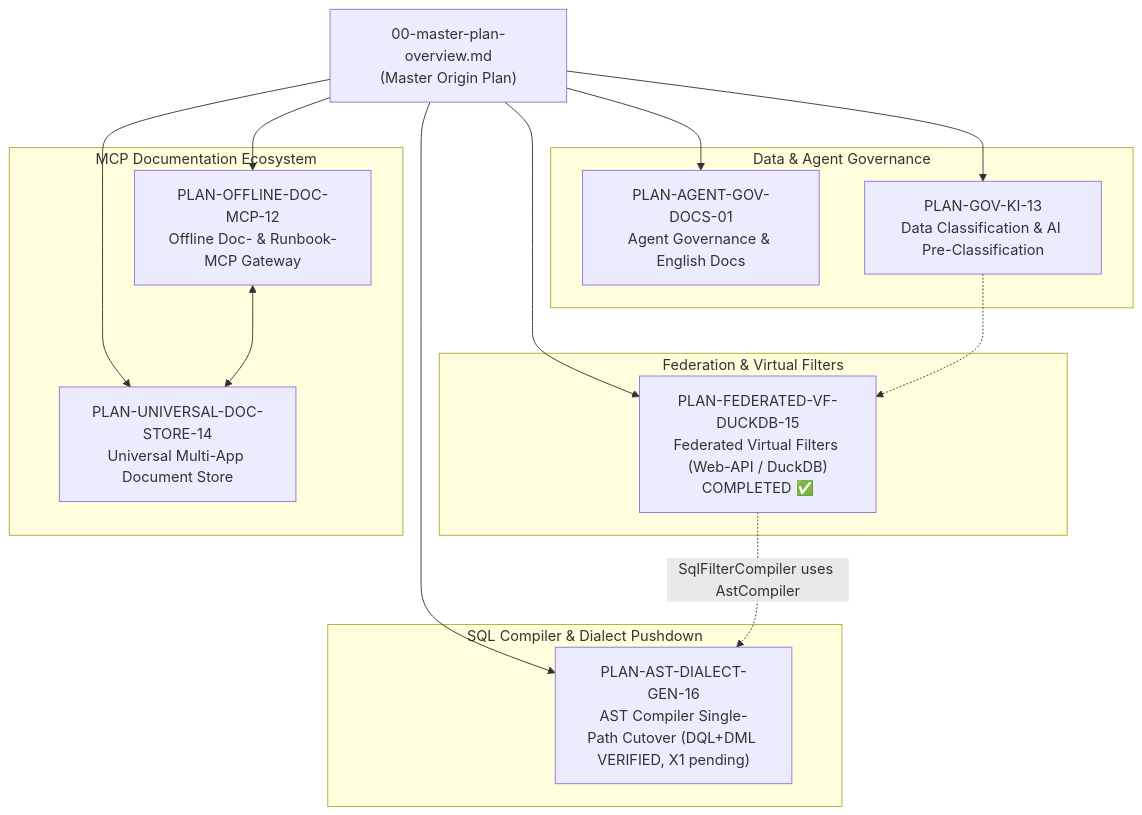
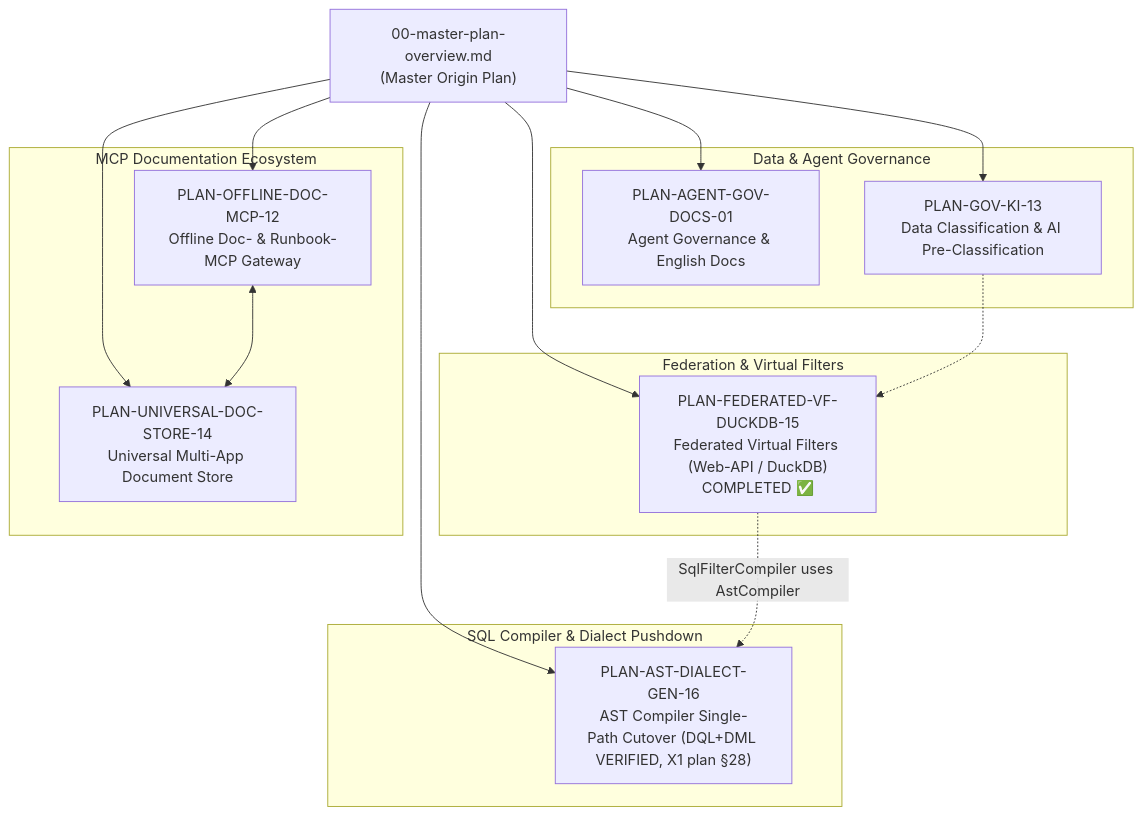
Before and after one commit to themulle/autheris: the diagram in docs/plans/00-master-plan-overview.md, drawn with Mermaid. The commit also changed other lines of this file and 1 other file, not shown here.

Commit message:
docs(plan): add X1 cutover execution plan (PLAN-AST-DIALECT-GEN-16 §28)
Phase 2 (csharp-architect) execution plan for the single-path X1 cutover:
verifies the Phase 6 open items against the code (provider binders and the
Oracle BindByName wrapper are already production code; a generic 403/500
error mapping exists), adds gaps G-1..G-11, inventories every governed entry
point, decides SQLite = AST support and Snowflake = fail closed, defines the
runtime binder/checked-executor/DI design and the HTTP error-code table, and
splits the work into packages X0a..X0y plus X1 with branches, tests,
dependencies and a file-conflict matrix. Updates the plan header and the
master plan row.

````diff
--- a/docs/plans/00-master-plan-overview.md
+++ b/docs/plans/00-master-plan-overview.md
@@ -40,33 +40,33 @@
 ```mermaid
 flowchart TD
     MP["00-master-plan-overview.md<br/>(Master Origin Plan)"]
     
     subgraph Governance ["Data & Agent Governance"]
         AG["PLAN-AGENT-GOV-DOCS-01<br/>Agent Governance & English Docs"]
         DK["PLAN-GOV-KI-13<br/>Data Classification & AI Pre-Classification"]
     end
     
     subgraph ExecutionEngine ["Federation & Virtual Filters"]
         VF["PLAN-FEDERATED-VF-DUCKDB-15<br/>Federated Virtual Filters (Web-API / DuckDB)<br/>COMPLETED ✅"]
     end
     
     subgraph DocMCP ["MCP Documentation Ecosystem"]
         DM["PLAN-OFFLINE-DOC-MCP-12<br/>Offline Doc- & Runbook-MCP Gateway"]
         UDS["PLAN-UNIVERSAL-DOC-STORE-14<br/>Universal Multi-App Document Store"]
     end
 
     subgraph SqlCompiler ["SQL Compiler & Dialect Pushdown"]
-        ADG["PLAN-AST-DIALECT-GEN-16<br/>AST Compiler Single-Path Cutover (DQL+DML VERIFIED, X1 pending)"]
+        ADG["PLAN-AST-DIALECT-GEN-16<br/>AST Compiler Single-Path Cutover (DQL+DML VERIFIED, X1 plan §28)"]
     end
 
     MP --> AG
     MP --> DK
     MP --> VF
     MP --> DM
     MP --> UDS
 
     DM <--> UDS
     DK -.-> VF
     MP --> ADG
     VF -.->|"SqlFilterCompiler uses AstCompiler"| ADG
 ```
````
